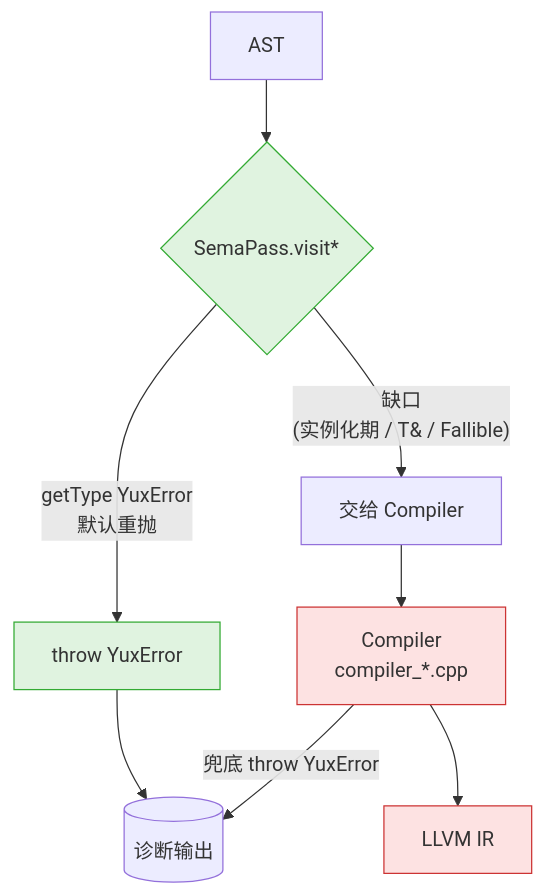
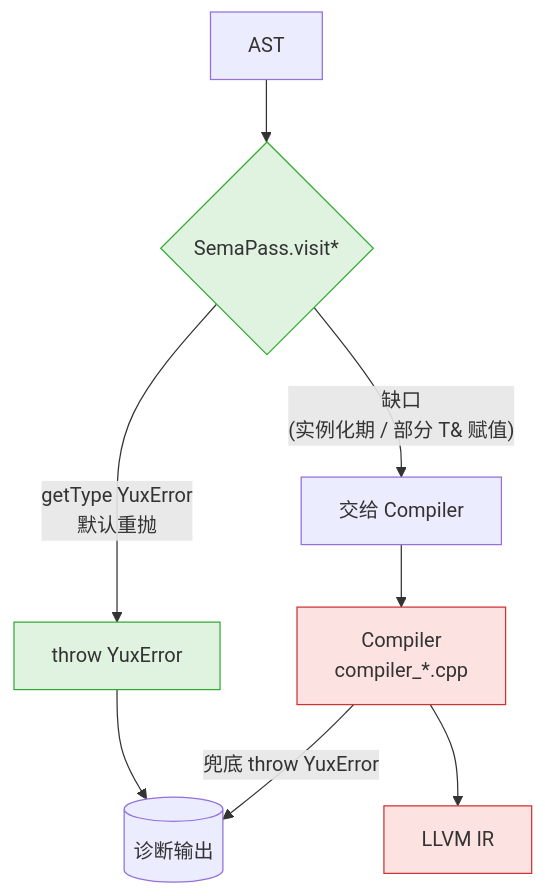
One commit to riu-lang/riu changed the fourth of 6 diagrams in yux.md. Above: the diagram before and after it, drawn with Mermaid. The commit also changed 14 other files, not shown here.

First line of the commit message:
feat: SemaPass 接管 Fallible / T& / Nullable / 别名的 ret 类型检查

````diff
--- a/yux.md
+++ b/yux.md
@@ -116,18 +116,18 @@
 ```mermaid
 flowchart TB
     ast[AST] --> sema{SemaPass.visit*}
 
     sema -- "getType YuxError<br/>默认重抛" --> throwSema[throw YuxError]
-    sema -- "缺口<br/>(实例化期 / T& / Fallible)" --> skip[交给 Compiler]
+    sema -- "缺口<br/>(实例化期 / 部分 T& 赋值)" --> skip[交给 Compiler]
 
     throwSema --> userErr[(诊断输出)]
     skip --> compiler[Compiler<br/>compiler_*.cpp]
 
     compiler -- "兜底 throw YuxError" --> userErr
     compiler --> ir[LLVM IR]
 
     classDef green fill:#e0f3e0,stroke:#3a3
     classDef red fill:#fde2e2,stroke:#c33
     class sema,throwSema green
     class compiler,ir red
 ```
````
